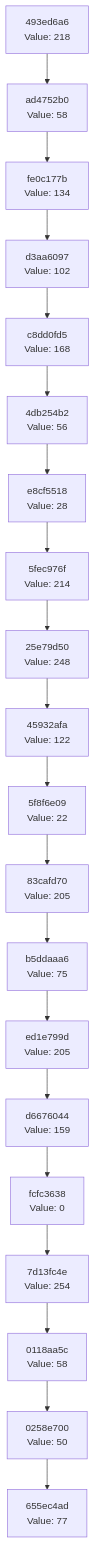
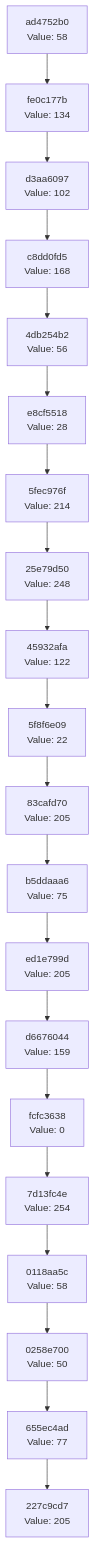
The diagram in docs/CHAIN_VISUALIZATION.md (Abhisheksinha1506/hash-chain-evolver), drawn with Mermaid before and after one commit. The commit also changed 2 other files, not shown here.

Commit message:
Evolution step: hash 0xCD → action executed

````diff
--- a/docs/CHAIN_VISUALIZATION.md
+++ b/docs/CHAIN_VISUALIZATION.md
@@ -3,42 +3,42 @@
 ```mermaid
 graph TD
-    C0["655ec4ad<br/>Value: 77"]
-    C1["0258e700<br/>Value: 50"]
+    C0["227c9cd7<br/>Value: 205"]
+    C1["655ec4ad<br/>Value: 77"]
     C1 --> C0
-    C2["0118aa5c<br/>Value: 58"]
+    C2["0258e700<br/>Value: 50"]
     C2 --> C1
-    C3["7d13fc4e<br/>Value: 254"]
+    C3["0118aa5c<br/>Value: 58"]
     C3 --> C2
-    C4["fcfc3638<br/>Value: 0"]
+    C4["7d13fc4e<br/>Value: 254"]
     C4 --> C3
-    C5["d6676044<br/>Value: 159"]
+    C5["fcfc3638<br/>Value: 0"]
     C5 --> C4
-    C6["ed1e799d<br/>Value: 205"]
+    C6["d6676044<br/>Value: 159"]
     C6 --> C5
-    C7["b5ddaaa6<br/>Value: 75"]
+    C7["ed1e799d<br/>Value: 205"]
     C7 --> C6
-    C8["83cafd70<br/>Value: 205"]
+    C8["b5ddaaa6<br/>Value: 75"]
     C8 --> C7
-    C9["5f8f6e09<br/>Value: 22"]
+    C9["83cafd70<br/>Value: 205"]
     C9 --> C8
-    C10["45932afa<br/>Value: 122"]
+    C10["5f8f6e09<br/>Value: 22"]
     C10 --> C9
-    C11["25e79d50<br/>Value: 248"]
+    C11["45932afa<br/>Value: 122"]
     C11 --> C10
-    C12["5fec976f<br/>Value: 214"]
+    C12["25e79d50<br/>Value: 248"]
     C12 --> C11
-    C13["e8cf5518<br/>Value: 28"]
+    C13["5fec976f<br/>Value: 214"]
     C13 --> C12
-    C14["4db254b2<br/>Value: 56"]
+    C14["e8cf5518<br/>Value: 28"]
     C14 --> C13
-    C15["c8dd0fd5<br/>Value: 168"]
+    C15["4db254b2<br/>Value: 56"]
     C15 --> C14
-    C16["d3aa6097<br/>Value: 102"]
+    C16["c8dd0fd5<br/>Value: 168"]
     C16 --> C15
-    C17["fe0c177b<br/>Value: 134"]
+    C17["d3aa6097<br/>Value: 102"]
     C17 --> C16
-    C18["ad4752b0<br/>Value: 58"]
+    C18["fe0c177b<br/>Value: 134"]
     C18 --> C17
-    C19["493ed6a6<br/>Value: 218"]
+    C19["ad4752b0<br/>Value: 58"]
     C19 --> C18
 ```
````
